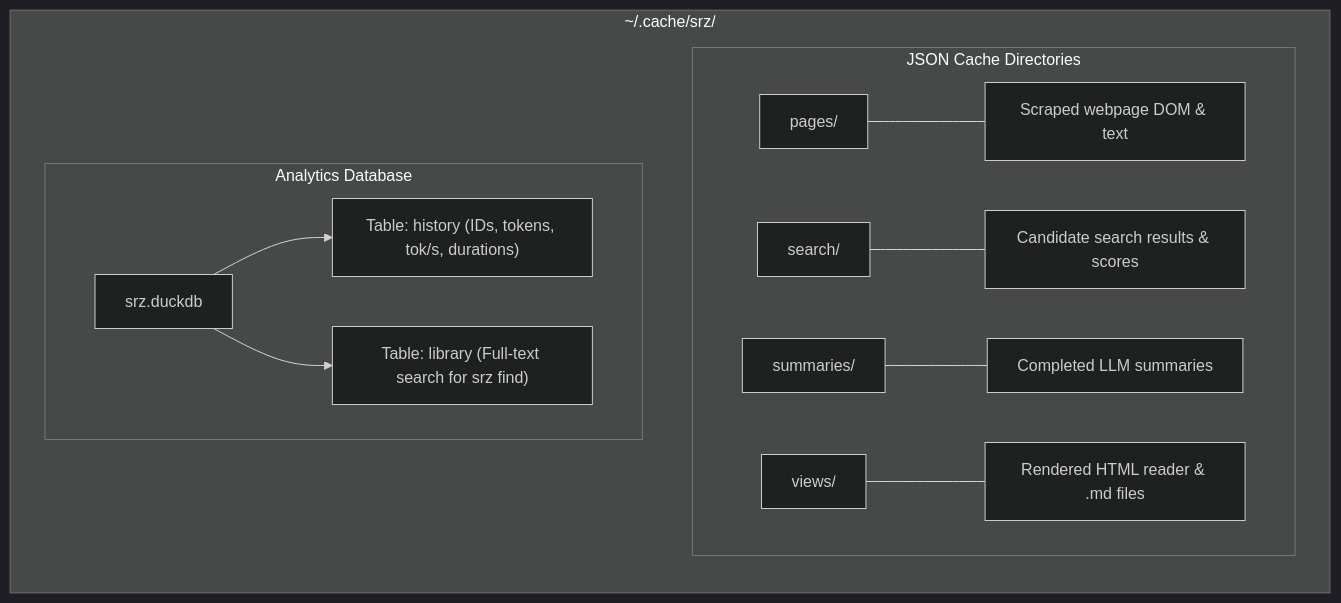
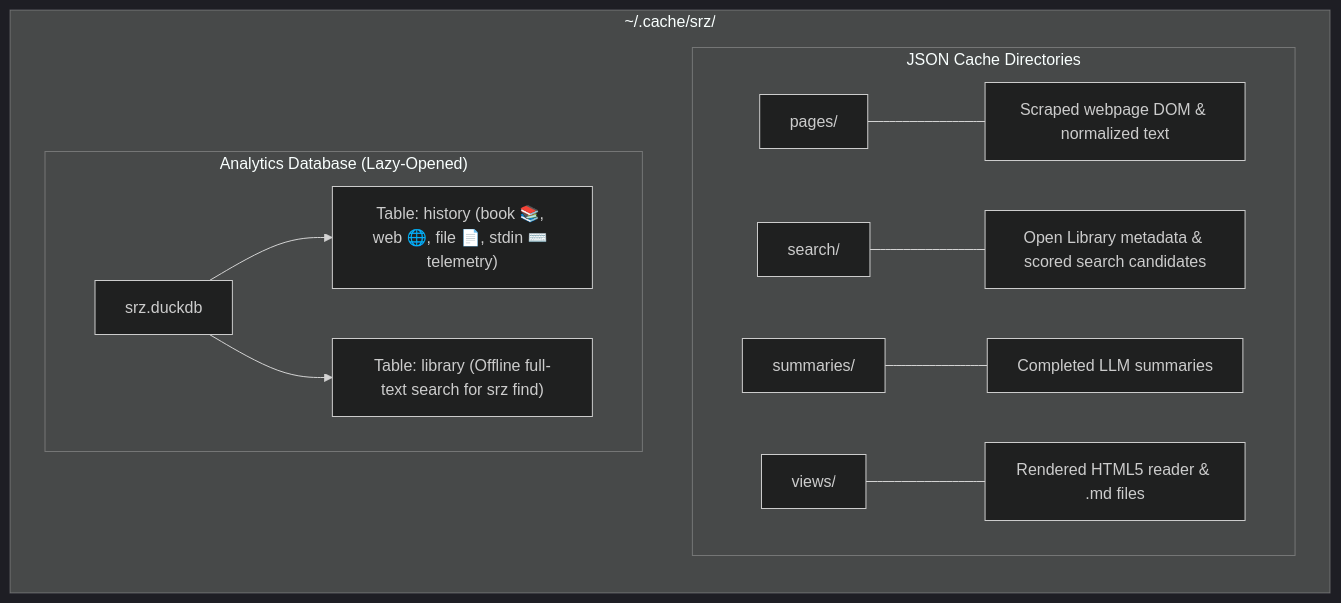
One commit to NewGuy012/srz changed the third of 3 diagrams in OVERVIEW.md. Above: the diagram before and after it, drawn with Mermaid (dark theme). The commit also changed other lines of this file and 1 other file, not shown here.

Commit message:
Update OVERVIEW.md and README.md to reflect latest architecture and optimizations

````diff
--- a/OVERVIEW.md
+++ b/OVERVIEW.md
@@ -89,16 +94,16 @@
 ```mermaid
 graph LR
     subgraph Root["~/.cache/srz/"]
         subgraph Namespaces["JSON Cache Directories"]
-            P["pages/"] --- P_desc["Scraped webpage DOM & text"]
-            S["search/"] --- S_desc["Candidate search results & scores"]
+            P["pages/"] --- P_desc["Scraped webpage DOM & normalized text"]
+            S["search/"] --- S_desc["Open Library metadata & scored search candidates"]
             M["summaries/"] --- M_desc["Completed LLM summaries"]
-            V["views/"] --- V_desc["Rendered HTML reader & .md files"]
+            V["views/"] --- V_desc["Rendered HTML5 reader & .md files"]
         end
-        subgraph DB["Analytics Database"]
+        subgraph DB["Analytics Database (Lazy-Opened)"]
             D["srz.duckdb"]
-            D --> T1["Table: history (IDs, tokens, tok/s, durations)"]
-            D --> T2["Table: library (Full-text search for srz find)"]
+            D --> T1["Table: history (book 📚, web 🌐, file 📄, stdin ⌨️ telemetry)"]
+            D --> T2["Table: library (Offline full-text search for srz find)"]
         end
     end
 ```
````
